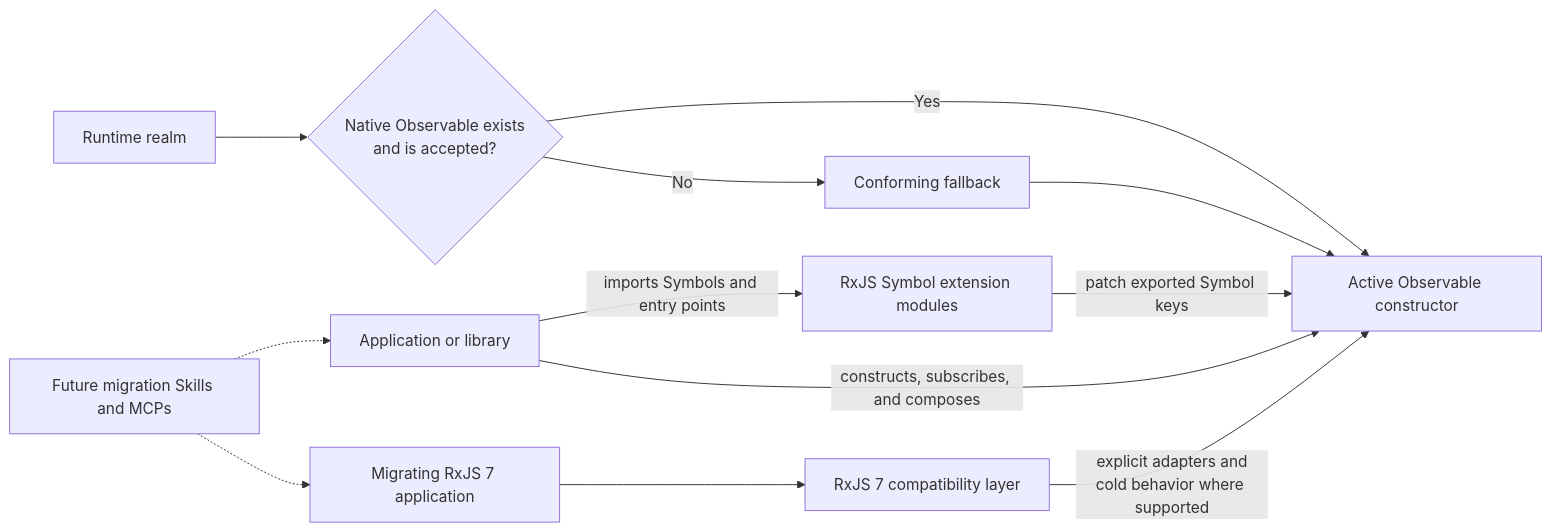
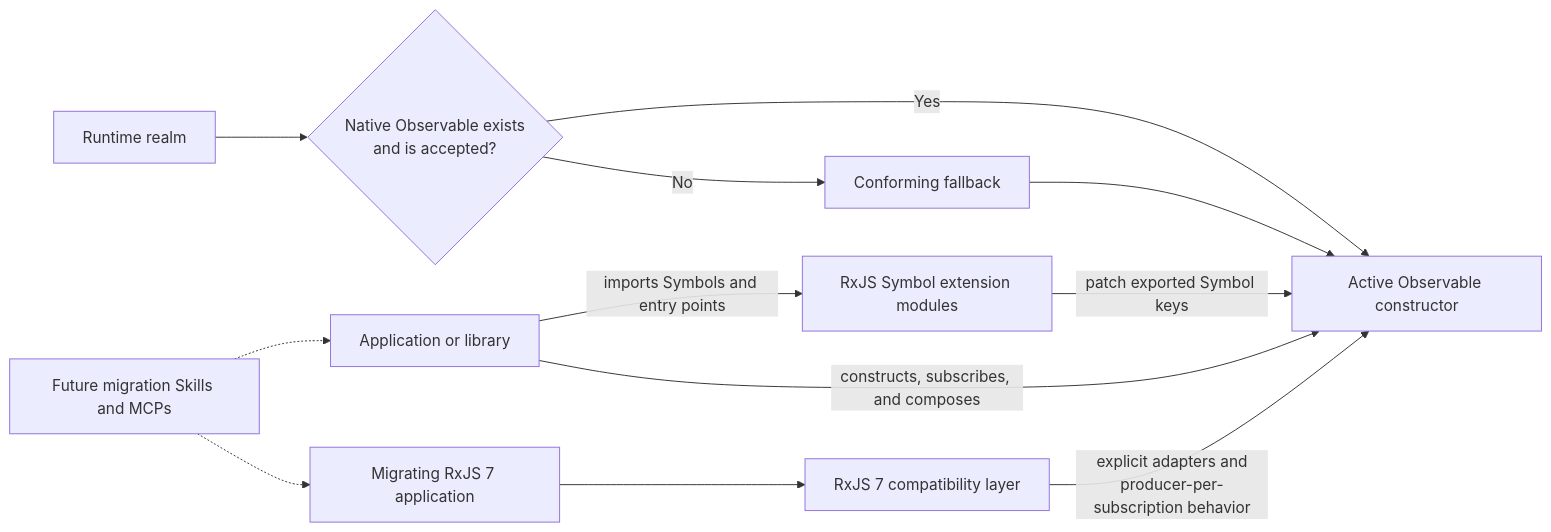
One commit to ReactiveX/rxjs changed the first of 3 diagrams in docs/rxjs-next/ARCHITECTURE.md. Above: the diagram before and after it, drawn with Mermaid. The commit also changed other lines of this file and 16 other files, not shown here.

Commit message:
refactor: rename per-subscription subject base

````diff
--- a/docs/rxjs-next/ARCHITECTURE.md
+++ b/docs/rxjs-next/ARCHITECTURE.md
@@ -46,17 +46,17 @@
 ```mermaid
 flowchart LR
     Runtime["Runtime realm"] --> Native{"Native Observable exists<br/>and is accepted?"}
     Native -->|Yes| Active["Active Observable constructor"]
     Native -->|No| Polyfill["Conforming fallback"]
     Polyfill --> Active
 
     Extensions["RxJS Symbol extension modules"] -->|patch exported Symbol keys| Active
     App["Application or library"] -->|imports Symbols and entry points| Extensions
     App -->|constructs, subscribes, and composes| Active
 
-    Compatibility["RxJS 7 compatibility layer"] -->|explicit adapters and<br/>cold behavior where supported| Active
+    Compatibility["RxJS 7 compatibility layer"] -->|explicit adapters and<br/>producer-per-subscription behavior| Active
     Legacy["Migrating RxJS 7 application"] --> Compatibility
 
     Tooling["Future migration Skills and MCPs"] -.-> App
     Tooling -.-> Legacy
 ```
````
